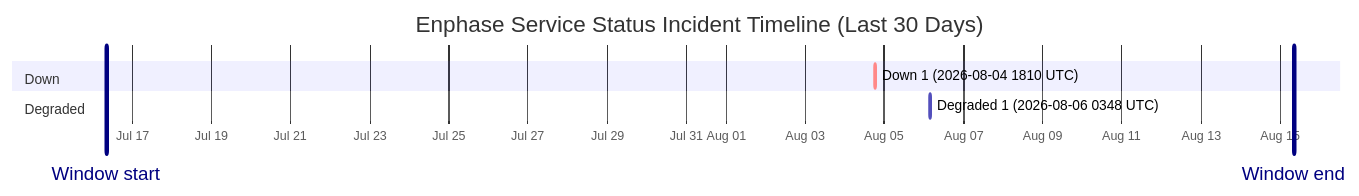
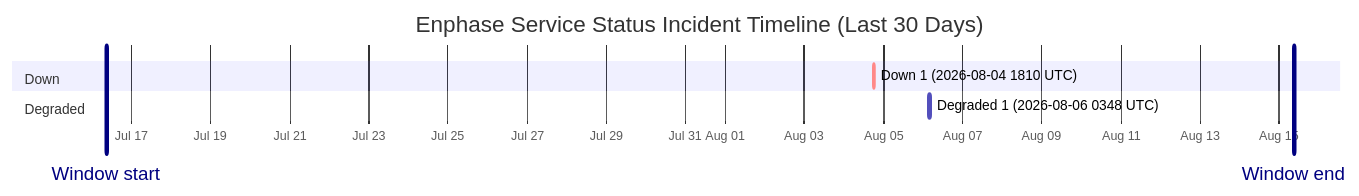
One commit to barneyonline/ha-enphase-energy changed the diagram in wiki/Service-Status-History.md. Above: the diagram before and after it, drawn with Mermaid. The commit also changed other lines of this file and 3 other files, not shown here.

````diff
--- a/wiki/Service-Status-History.md
+++ b/wiki/Service-Status-History.md
@@ -14,12 +14,12 @@
 ```mermaid
 gantt
     title Enphase Service Status Incident Timeline (Last 30 Days)
     dateFormat  YYYY-MM-DDTHH:mm:ss
     axisFormat  %b %d
-    Window start :vert, window-start, 2026-07-16T08:25:51, 0ms
-    Window end :vert, window-end, 2026-08-15T08:25:51, 0ms
+    Window start :vert, window-start, 2026-07-16T08:55:13, 0ms
+    Window end :vert, window-end, 2026-08-15T08:55:13, 0ms
     section Down
     Down 1 (2026-08-04 1810 UTC) :crit, down-1, 2026-08-04T18:10:46, 60m
     section Degraded
     Degraded 1 (2026-08-06 0348 UTC) :active, degraded-1, 2026-08-06T03:48:14, 60m
 ```
````
